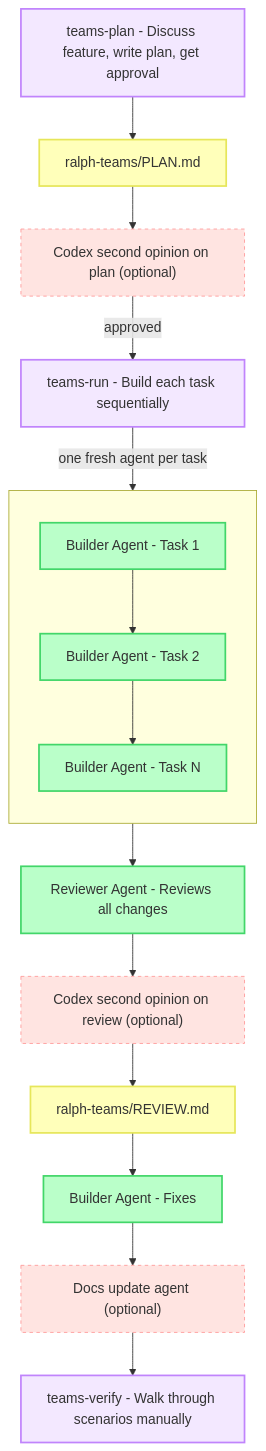
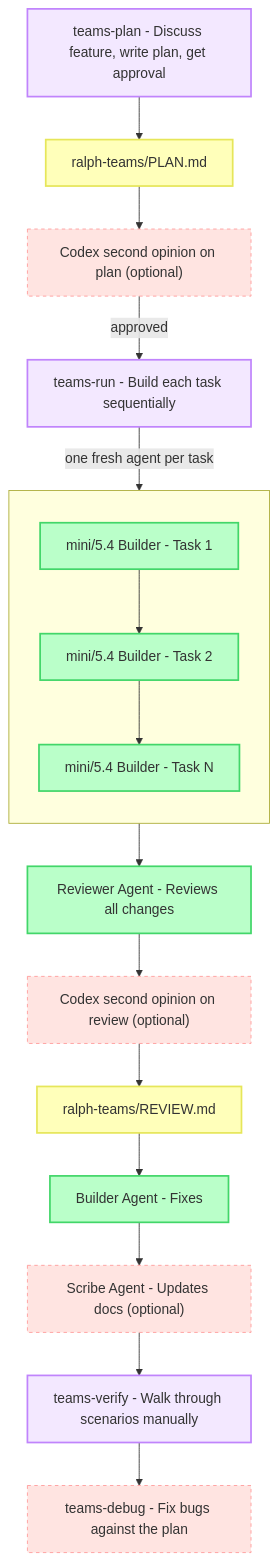
The diagram in README.md (tuansondinh/ralph-teams-codex), drawn with Mermaid before and after one commit. The commit also changed other lines of this file, not shown here.

First line of the commit message:
docs: update README for new skills, plan numbering, model selection

````diff
--- a/README.md
+++ b/README.md
@@ -66,45 +66,47 @@
 ```mermaid
 flowchart TD
     classDef user fill:#ffdfba,stroke:#ffb347,stroke-width:2px,color:#333
     classDef orch fill:#bae1ff,stroke:#5facff,stroke-width:2px,color:#333
     classDef agent fill:#baffc9,stroke:#42d669,stroke-width:2px,color:#333
     classDef doc fill:#ffffba,stroke:#e6e65a,stroke-width:2px,color:#333
     classDef cmd fill:#f3e8ff,stroke:#c084fc,stroke-width:2px,color:#333
     classDef optional fill:#ffe4e1,stroke:#ff9999,stroke-width:1px,stroke-dasharray:4,color:#333
 
     P1["teams-plan - Discuss feature, write plan, get approval"]:::cmd
     P["ralph-teams/PLAN.md"]:::doc
     CX1["Codex second opinion on plan (optional)"]:::optional
 
     P1 --> P
     P --> CX1
 
     P2["teams-run - Build each task sequentially"]:::cmd
 
     CX1 -->|"approved"| P2
 
     subgraph Build[" "]
         direction TB
-        B1["Builder Agent - Task 1"]:::agent
-        B2["Builder Agent - Task 2"]:::agent
-        BN["Builder Agent - Task N"]:::agent
+        B1["mini/5.4 Builder - Task 1"]:::agent
+        B2["mini/5.4 Builder - Task 2"]:::agent
+        BN["mini/5.4 Builder - Task N"]:::agent
         B1 --> B2 --> BN
     end
 
     P2 -->|"one fresh agent per task"| Build
 
     R["Reviewer Agent - Reviews all changes"]:::agent
     CX2["Codex second opinion on review (optional)"]:::optional
     REV["ralph-teams/REVIEW.md"]:::doc
     BF["Builder Agent - Fixes"]:::agent
-    DOCS["Docs update agent (optional)"]:::optional
+    DOCS["Scribe Agent - Updates docs (optional)"]:::optional
 
     Build --> R
     R --> CX2
     CX2 --> REV
     REV --> BF
     BF --> DOCS
 
     P3["teams-verify - Walk through scenarios manually"]:::cmd
+    DBG["teams-debug - Fix bugs against the plan"]:::optional
     DOCS --> P3
+    P3 --> DBG
 ```
````
